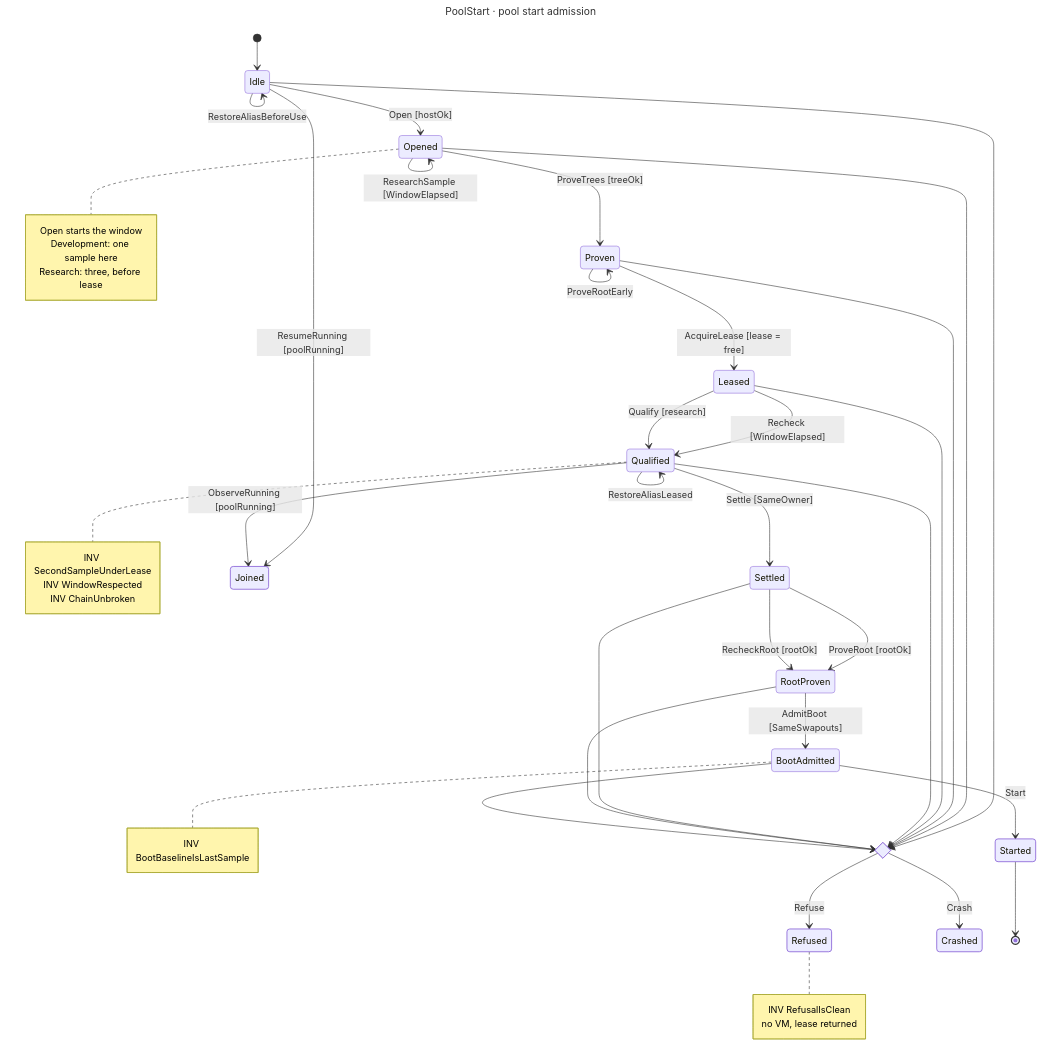
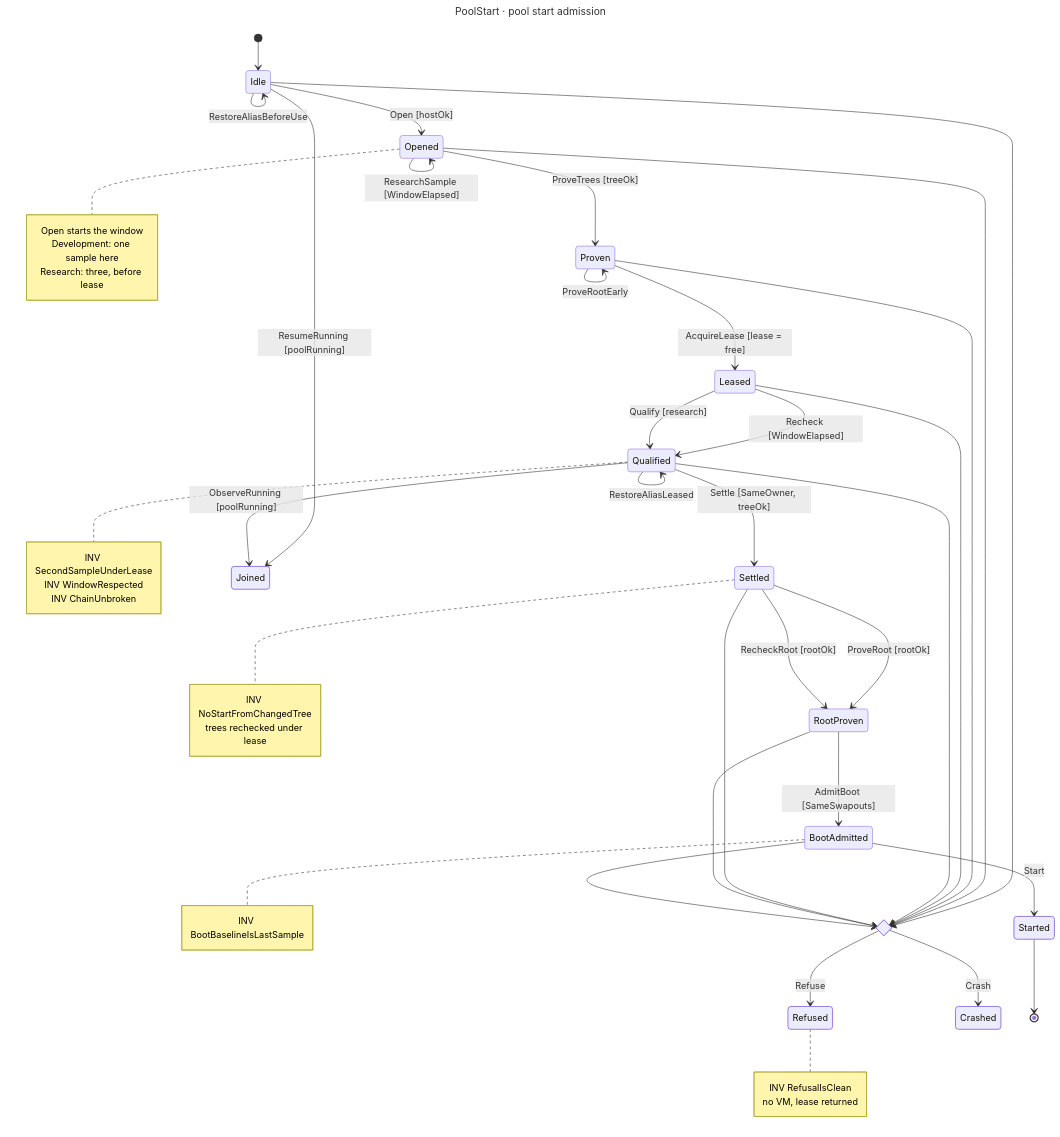
One commit to hack-dance/hack changed the diagram in docs/diagrams/pool-start-admission.mmd. Above: the diagram before and after it, drawn with Mermaid. The commit also changed 21 other files, not shown here.

```diff
--- a/docs/diagrams/pool-start-admission.mmd
+++ b/docs/diagrams/pool-start-admission.mmd
@@ -1,57 +1,61 @@
 ---
 title: PoolStart · pool start admission
 ---
 stateDiagram-v2
   direction TB
   [*] --> Idle
   Idle --> Idle : RestoreAliasBeforeUse
   Idle --> Opened : Open [hostOk]
   Opened --> Opened : ResearchSample [WindowElapsed]
   Opened --> Proven : ProveTrees [treeOk]
   Proven --> Proven : ProveRootEarly
   Proven --> Leased : AcquireLease [lease = free]
   Leased --> Qualified : Recheck [WindowElapsed]
   Leased --> Qualified : Qualify [research]
   Qualified --> Qualified : RestoreAliasLeased
-  Qualified --> Settled : Settle [SameOwner]
+  Qualified --> Settled : Settle [SameOwner, treeOk]
   Settled --> RootProven : ProveRoot [rootOk]
   Settled --> RootProven : RecheckRoot [rootOk]
   RootProven --> BootAdmitted : AdmitBoot [SameSwapouts]
   BootAdmitted --> Started : Start
   Idle --> Joined : ResumeRunning [poolRunning]
   Qualified --> Joined : ObserveRunning [poolRunning]
   state Exit <<choice>>
   Idle --> Exit
   Opened --> Exit
   Proven --> Exit
   Leased --> Exit
   Qualified --> Exit
   Settled --> Exit
   RootProven --> Exit
   BootAdmitted --> Exit
   Exit --> Refused : Refuse
   Exit --> Crashed : Crash
   Started --> [*]
   note right of Opened
     Open starts the window
     Development: one sample here
     Research: three, before lease
   end note
   note right of Qualified
     INV SecondSampleUnderLease
     INV WindowRespected
     INV ChainUnbroken
   end note
+  note right of Settled
+    INV NoStartFromChangedTree
+    trees rechecked under lease
+  end note
   note right of BootAdmitted
     INV BootBaselineIsLastSample
   end note
   note right of Refused
     INV RefusalIsClean
     no VM, lease returned
   end note
   classDef ok stroke-width:1.6px
   classDef fail stroke-width:1.6px
   classDef idle stroke-width:1.6px
   class Started ok
   class Refused,Crashed fail
   class Joined idle
```
